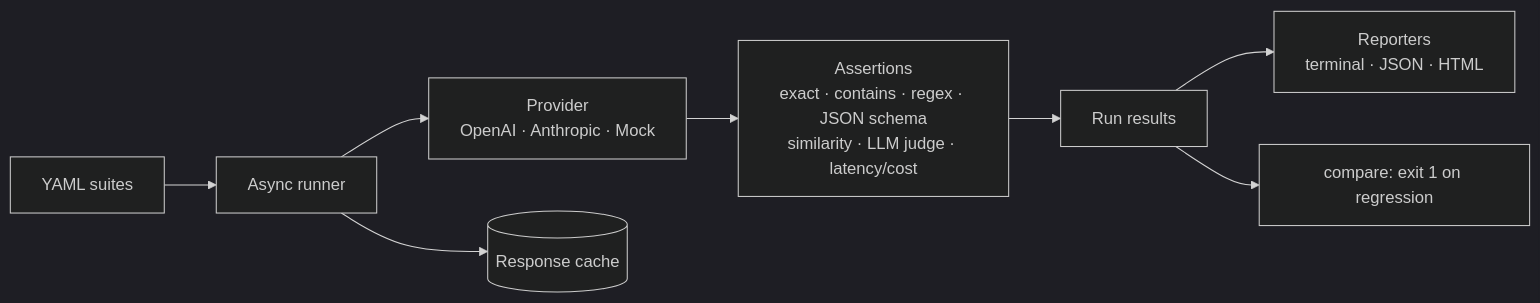
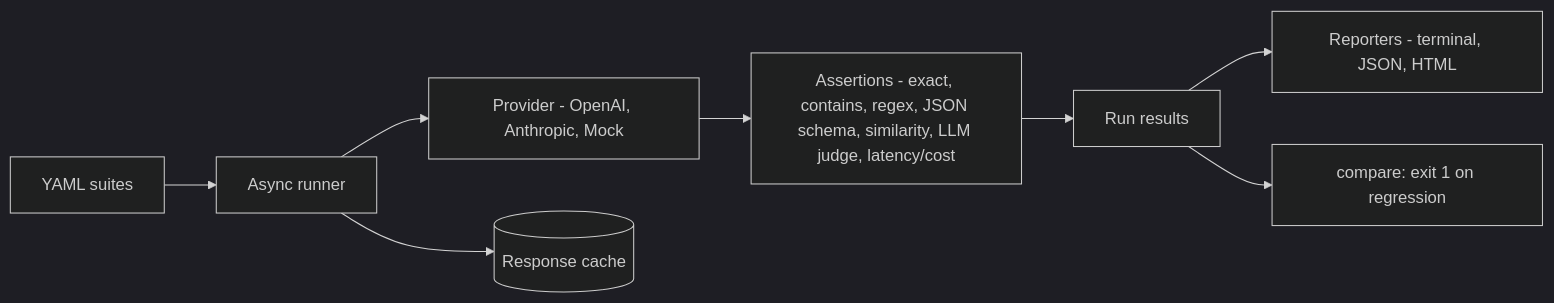
Before and after one commit to SmitHunter/llm-regress: the diagram in README.md, drawn with Mermaid (dark theme).

Commit message:
Drop mermaid HTML line breaks so GitHub renders the chart
github.com still left a blank mermaid box with <br/> in node labels.
Plain single-line rectangle labels keep the same content.

````diff
--- a/README.md
+++ b/README.md
@@ -256,10 +256,10 @@
 ```mermaid
 flowchart LR
     Y[YAML suites] --> R[Async runner]
-    R --> P[Provider<br/>OpenAI · Anthropic · Mock]
+    R --> P[Provider - OpenAI, Anthropic, Mock]
     R --> C[(Response cache)]
-    P --> A[Assertions<br/>exact · contains · regex · JSON schema<br/>similarity · LLM judge · latency/cost]
+    P --> A[Assertions - exact, contains, regex, JSON schema, similarity, LLM judge, latency/cost]
     A --> Res[Run results]
-    Res --> Rep[Reporters<br/>terminal · JSON · HTML]
+    Res --> Rep[Reporters - terminal, JSON, HTML]
     Res --> Cmp[compare: exit 1 on regression]
 ```
````
